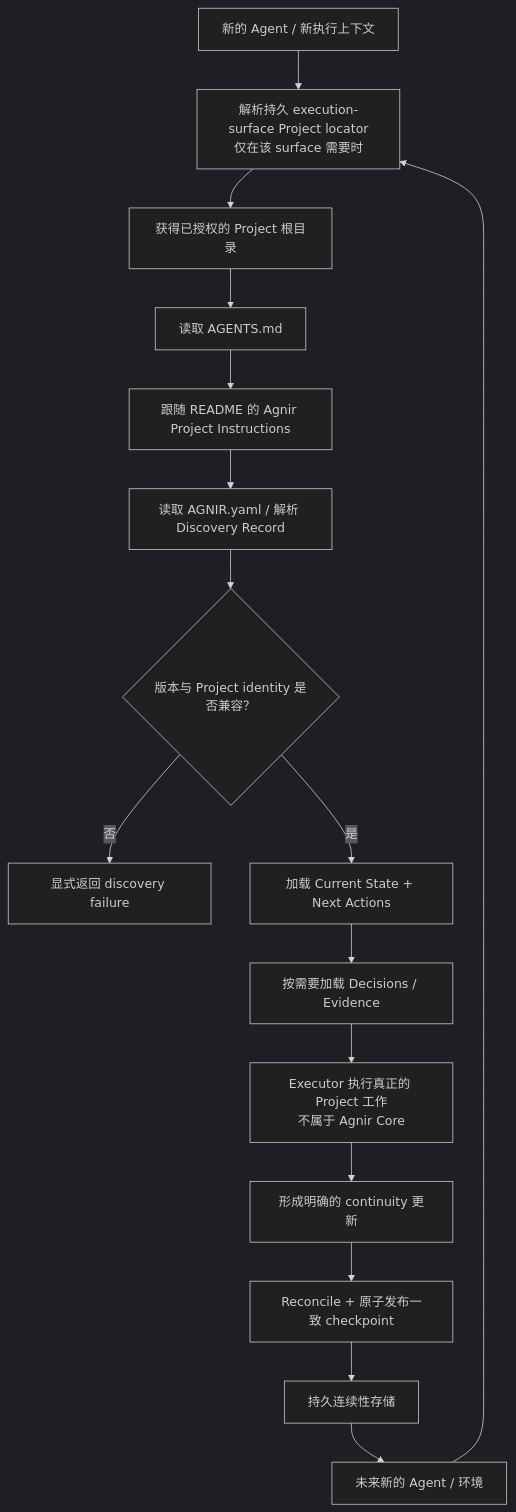
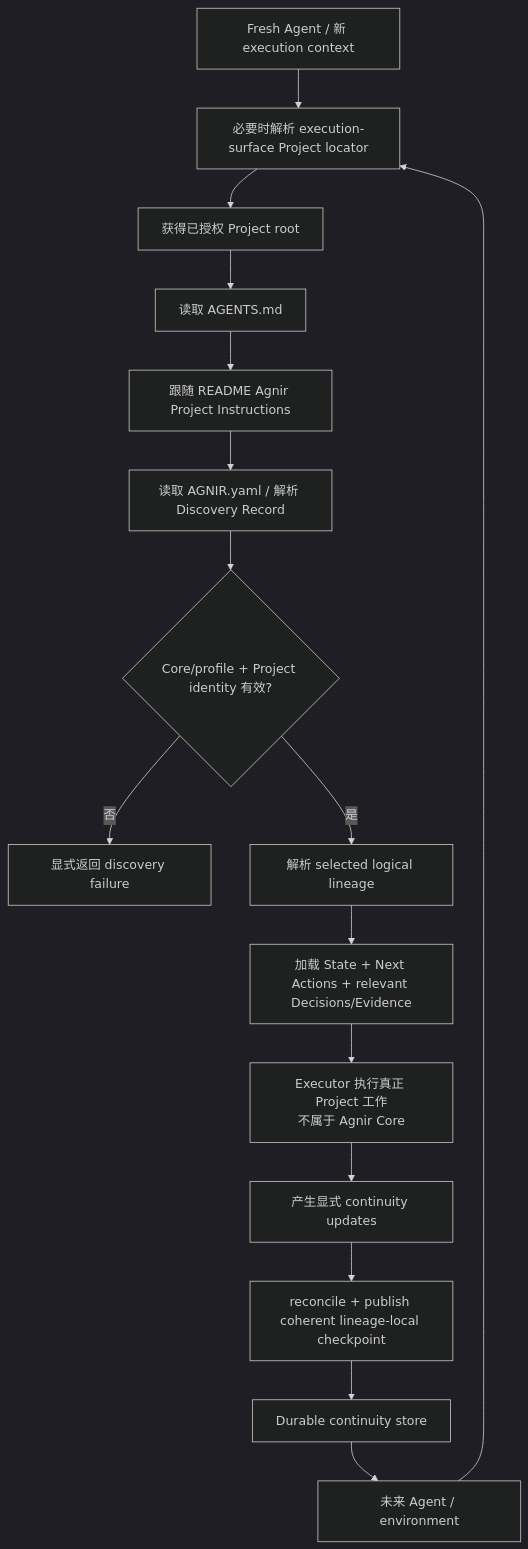
Before and after one commit to iorLab/agnir: the second of 2 diagrams in README.zh-CN.md, drawn with Mermaid (dark theme). The commit also changed other lines of this file and 8 other files, not shown here.

````diff
--- a/README.zh-CN.md
+++ b/README.zh-CN.md
@@ -144,18 +174,18 @@
 ```mermaid
 flowchart TD
-    C["新的 Agent / 新执行上下文"] --> X["解析持久 execution-surface Project locator<br/>仅在该 surface 需要时"]
-    X --> P["获得已授权的 Project 根目录"]
-    P --> A["读取 AGENTS.md"]
-    A --> I["跟随 README 的 Agnir Project Instructions"]
-    I --> R["读取 AGNIR.yaml / 解析 Discovery Record"]
-    R --> V{"版本与 Project identity 是否兼容？"}
-    V -- "否" --> F["显式返回 discovery failure"]
-    V -- "是" --> L["加载 Current State + Next Actions"]
-    L --> Q["按需要加载 Decisions / Evidence"]
-    Q --> W["Executor 执行真正的 Project 工作<br/>不属于 Agnir Core"]
-    W --> U["形成明确的 continuity 更新"]
-    U --> K["Reconcile + 原子发布一致 checkpoint"]
-    K --> S["持久连续性存储"]
-    S --> N["未来新的 Agent / 环境"]
+    C[Fresh Agent / 新 execution context] --> X[必要时解析 execution-surface Project locator]
+    X --> P[获得已授权 Project root]
+    P --> A[读取 AGENTS.md]
+    A --> I[跟随 README Agnir Project Instructions]
+    I --> R[读取 AGNIR.yaml / 解析 Discovery Record]
+    R --> V{Core/profile + Project identity 有效?}
+    V -- 否 --> F[显式返回 discovery failure]
+    V -- 是 --> L[解析 selected logical lineage]
+    L --> Q[加载 State + Next Actions + relevant Decisions/Evidence]
+    Q --> W[Executor 执行真正 Project 工作\n不属于 Agnir Core]
+    W --> U[产生显式 continuity updates]
+    U --> K[reconcile + publish coherent lineage-local checkpoint]
+    K --> S[Durable continuity store]
+    S --> N[未来 Agent / environment]
     N --> X
 ```
````
